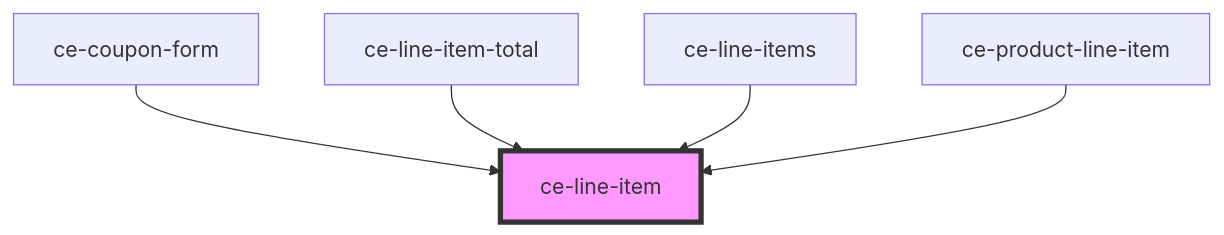
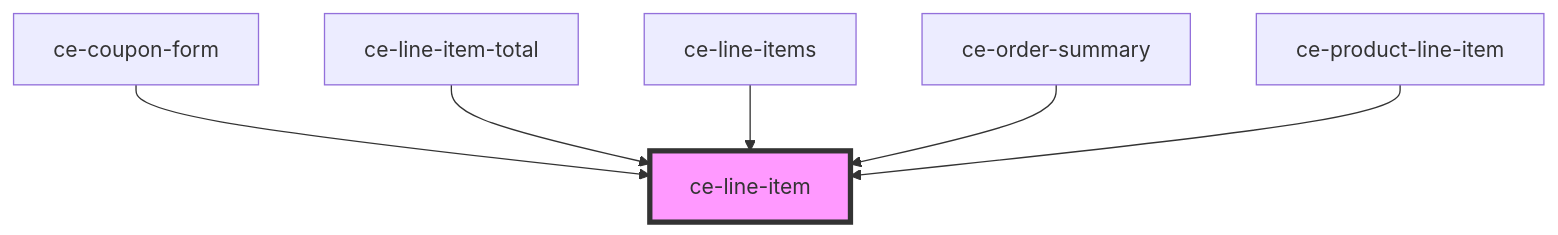
One commit to surecart/surecart-wp-plugin changed the diagram in packages/components/src/components/ui/line-item/readme.md. Above: the diagram before and after it, drawn with Mermaid. The commit also changed other lines of this file and 59 other files, not shown here.

````diff
--- a/packages/components/src/components/ui/line-item/readme.md
+++ b/packages/components/src/components/ui/line-item/readme.md
@@ -48,8 +49,9 @@
 ```mermaid
 graph TD;
   ce-coupon-form --> ce-line-item
   ce-line-item-total --> ce-line-item
   ce-line-items --> ce-line-item
+  ce-order-summary --> ce-line-item
   ce-product-line-item --> ce-line-item
   style ce-line-item fill:#f9f,stroke:#333,stroke-width:4px
 ```
````
